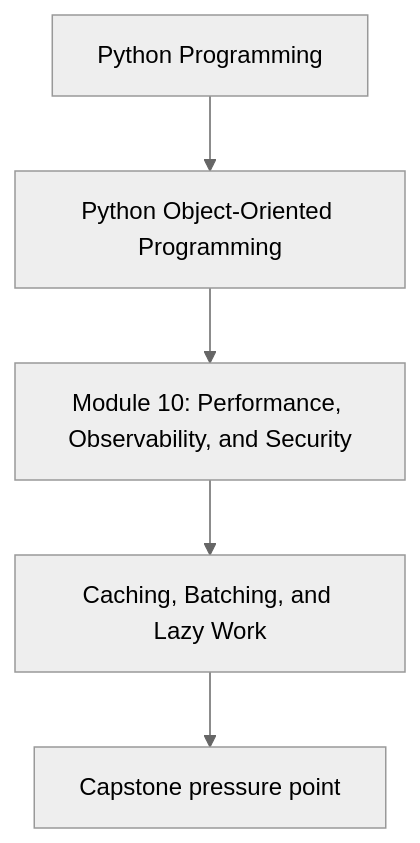
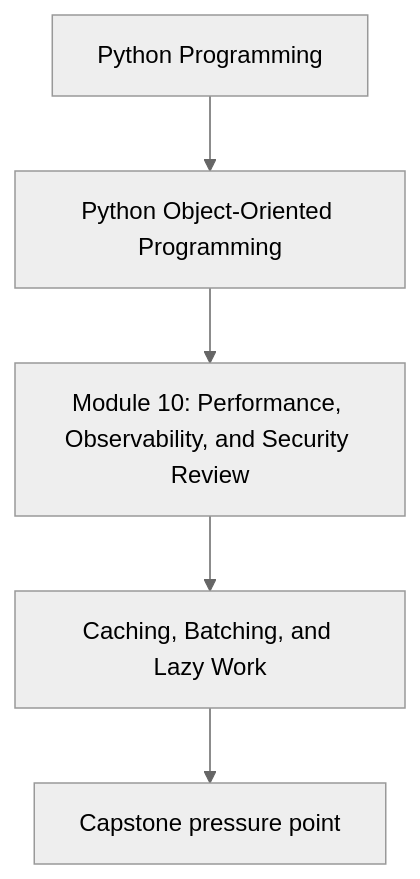
One commit to bijux/bijux-masterclass changed the first of 2 diagrams in programs/python-programming/python-object-oriented-programming/course-book/module-10-performance-observability-and-security/caching-batching-and-lazy-work.md. Above: the diagram before and after it, drawn with Mermaid (neutral theme). The commit also changed 241 other files, not shown here.

````diff
--- a/programs/python-programming/python-object-oriented-programming/course-book/module-10-performance-observability-and-security/caching-batching-and-lazy-work.md
+++ b/programs/python-programming/python-object-oriented-programming/course-book/module-10-performance-observability-and-security/caching-batching-and-lazy-work.md
@@ -7,7 +7,7 @@
 ```mermaid
 flowchart TD
   family["Python Programming"] --> program["Python Object-Oriented Programming"]
-  program --> module["Module 10: Performance, Observability, and Security"]
+  program --> module["Module 10: Performance, Observability, and Security Review"]
   module --> concept["Caching, Batching, and Lazy Work"]
   concept --> capstone["Capstone pressure point"]
 ```
````
